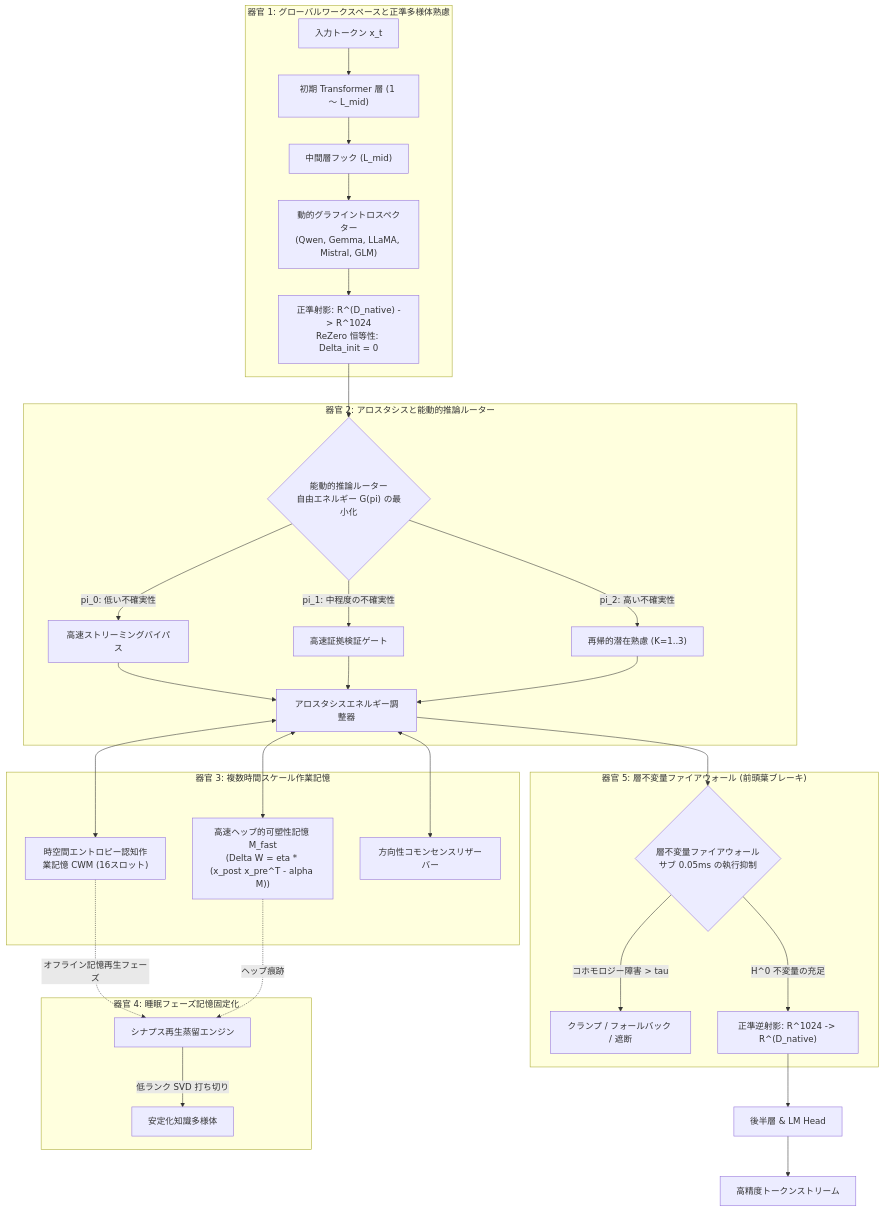
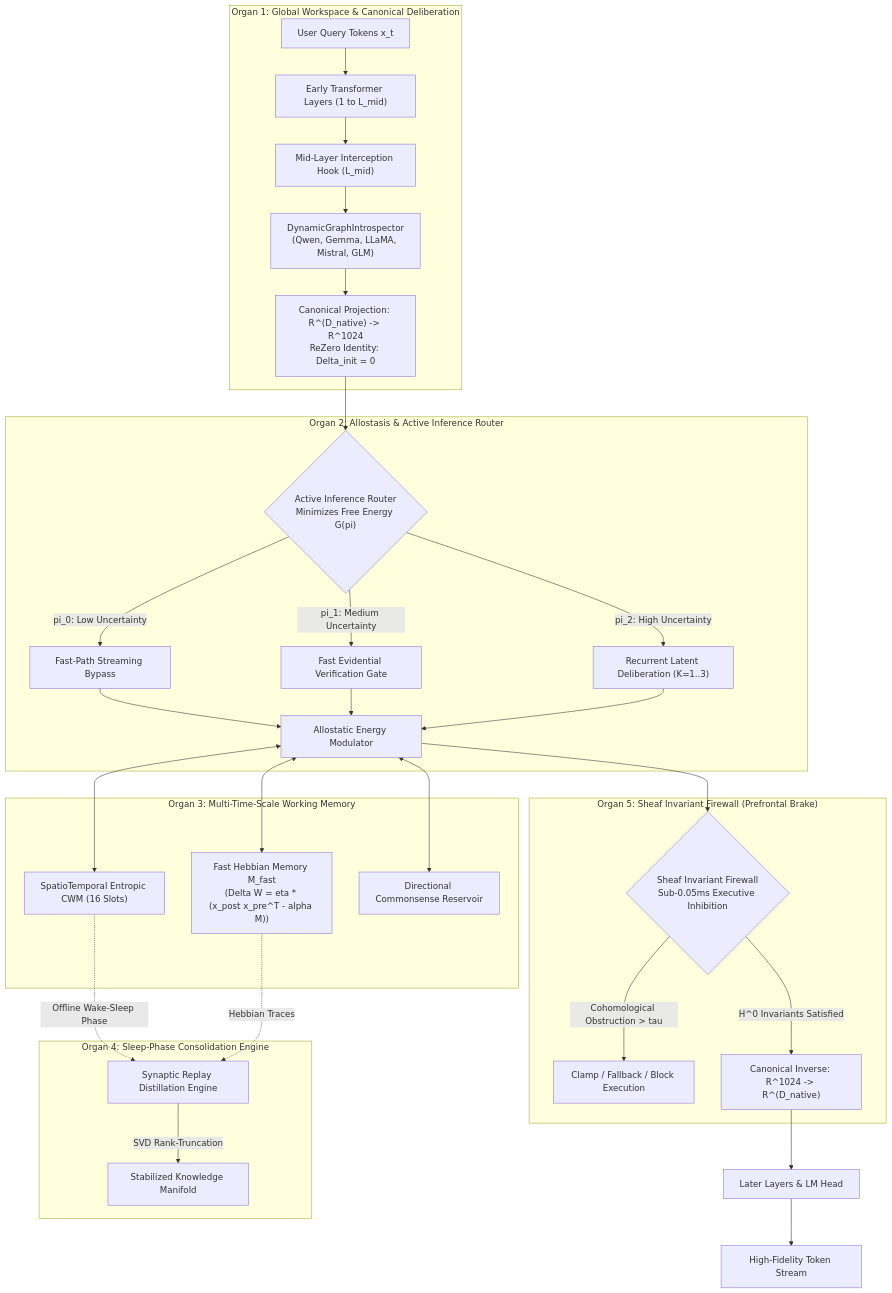
Before and after one commit to Ch3nOff/dual-loop-controller: the diagram in docs/README_ja.md, drawn with Mermaid. The commit also changed other lines of this file and 10 other files, not shown here.

````diff
--- a/docs/README_ja.md
+++ b/docs/README_ja.md
@@ -57,40 +31,40 @@
 ```mermaid
 flowchart TD
-    subgraph Organ1 ["器官 1: グローバルワークスペースと正準多様体熟慮"]
-        In["入力トークン x_t"] --> EarlyLayers["初期 Transformer 層 (1 〜 L_mid)"]
-        EarlyLayers --> Hook["中間層フック (L_mid)"]
-        Hook --> GraphIntrospect["動的グラフイントロスペクター<br/>(Qwen, Gemma, LLaMA, Mistral, GLM)"]
-        GraphIntrospect --> CanonicalMap["正準射影: R^(D_native) -> R^1024<br/>ReZero 恒等性: Delta_init = 0"]
+    subgraph Organ1 ["Organ 1: Global Workspace & Canonical Deliberation"]
+        In["User Query Tokens x_t"] --> EarlyLayers["Early Transformer Layers (1 to L_mid)"]
+        EarlyLayers --> Hook["Mid-Layer Interception Hook (L_mid)"]
+        Hook --> GraphIntrospect["DynamicGraphIntrospector<br/>(Qwen, Gemma, LLaMA, Mistral, GLM)"]
+        GraphIntrospect --> CanonicalMap["Canonical Projection: R^(D_native) -> R^1024<br/>ReZero Identity: Delta_init = 0"]
     end
 
-    subgraph Organ2 ["器官 2: アロスタシスと能動的推論ルーター"]
-        CanonicalMap --> FristonRouter{"能動的推論ルーター<br/>自由エネルギー G(pi) の最小化"}
-        FristonRouter -->|"pi_0: 低い不確実性"| FastBypass["高速ストリーミングバイパス"]
-        FristonRouter -->|"pi_1: 中程度の不確実性"| EvidentialCheck["高速証拠検証ゲート"]
-        FristonRouter -->|"pi_2: 高い不確実性"| DeliberationLoop["再帰的潜在熟慮 (K=1..3)"]
-        FastBypass --> Allostasis["アロスタシスエネルギー調整器"]
+    subgraph Organ2 ["Organ 2: Allostasis & Active Inference Router"]
+        CanonicalMap --> FristonRouter{"Active Inference Router<br/>Minimizes Free Energy G(pi)"}
+        FristonRouter -->|"pi_0: Low Uncertainty"| FastBypass["Fast-Path Streaming Bypass"]
+        FristonRouter -->|"pi_1: Medium Uncertainty"| EvidentialCheck["Fast Evidential Verification Gate"]
+        FristonRouter -->|"pi_2: High Uncertainty"| DeliberationLoop["Recurrent Latent Deliberation (K=1..3)"]
+        FastBypass --> Allostasis["Allostatic Energy Modulator"]
         EvidentialCheck --> Allostasis
         DeliberationLoop --> Allostasis
     end
 
-    subgraph Organ3 ["器官 3: 複数時間スケール作業記憶"]
-        Allostasis <--> CWM["時空間エントロピー認知作業記憶 CWM (16スロット)"]
-        Allostasis <--> FastHebbian["高速ヘッブ的可塑性記憶 M_fast<br/>(Delta W = eta * (x_post x_pre^T - alpha M))"]
-        Allostasis <--> DirectionalRes["方向性コモンセンスリザーバー"]
+    subgraph Organ3 ["Organ 3: Multi-Time-Scale Working Memory"]
+        Allostasis <--> CWM["SpatioTemporal Entropic CWM (16 Slots)"]
+        Allostasis <--> FastHebbian["Fast Hebbian Memory M_fast<br/>(Delta W = eta * (x_post x_pre^T - alpha M))"]
+        Allostasis <--> DirectionalRes["Directional Commonsense Reservoir"]
     end
 
-    subgraph Organ4 ["器官 4: 睡眠フェーズ記憶固定化"]
-        CWM -.->|"オフライン記憶再生フェーズ"| SleepReplay["シナプス再生蒸留エンジン"]
-        FastHebbian -.->|"ヘッブ痕跡"| SleepReplay
-        SleepReplay -->|"低ランク SVD 打ち切り"| PermanentWeights["安定化知識多様体"]
+    subgraph Organ4 ["Organ 4: Sleep-Phase Consolidation Engine"]
+        CWM -.->|"Offline Wake-Sleep Phase"| SleepReplay["Synaptic Replay Distillation Engine"]
+        FastHebbian -.->|"Hebbian Traces"| SleepReplay
+        SleepReplay -->|"SVD Rank-Truncation"| PermanentWeights["Stabilized Knowledge Manifold"]
     end
 
-    subgraph Organ5 ["器官 5: 層不変量ファイアウォール (前頭葉ブレーキ)"]
-        Allostasis --> SheafFirewall{"層不変量ファイアウォール<br/>サブ 0.05ms の執行抑制"}
-        SheafFirewall -->|"コホモロジー障害 > tau"| ClampSafety["クランプ / フォールバック / 遮断"]
-        SheafFirewall -->|"H^0 不変量の充足"| NativeProject["正準逆射影: R^1024 -> R^(D_native)"]
+    subgraph Organ5 ["Organ 5: Sheaf Invariant Firewall (Prefrontal Brake)"]
+        Allostasis --> SheafFirewall{"Sheaf Invariant Firewall<br/>Sub-0.05ms Executive Inhibition"}
+        SheafFirewall -->|"Cohomological Obstruction > tau"| ClampSafety["Clamp / Fallback / Block Execution"]
+        SheafFirewall -->|"H^0 Invariants Satisfied"| NativeProject["Canonical Inverse: R^1024 -> R^(D_native)"]
     end
 
-    NativeProject --> LateLayers["後半層 & LM Head"]
-    LateLayers --> OutStream["高精度トークンストリーム"]
+    NativeProject --> LateLayers["Later Layers & LM Head"]
+    LateLayers --> OutStream["High-Fidelity Token Stream"]
 ```
````
